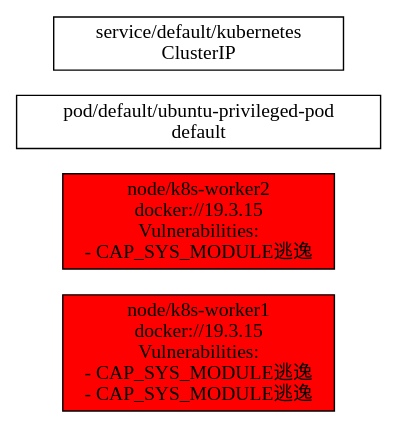
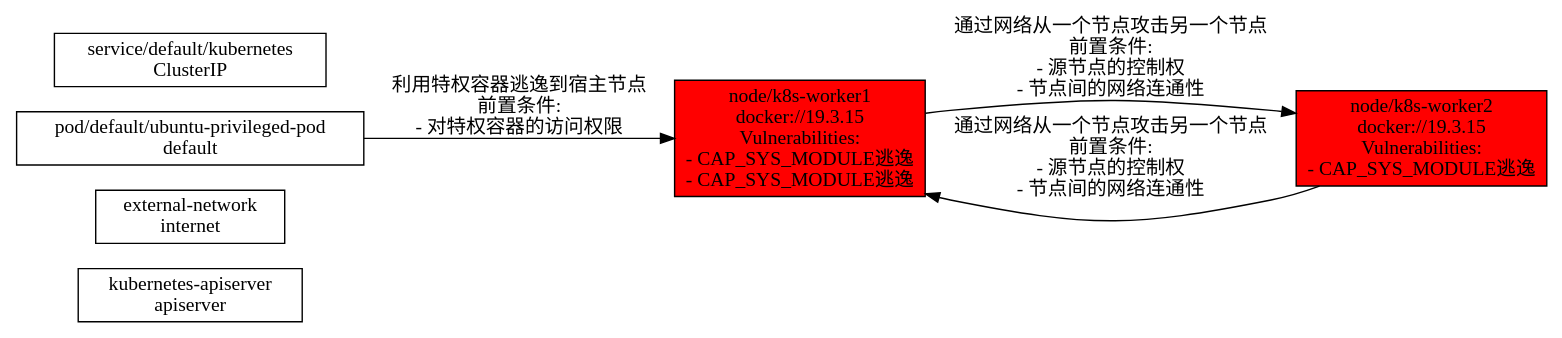
The diagram in internal/cluster/output/attack_graph.dot (lightpig7/Container_runtime_scanner), drawn with Graphviz before and after one commit. The commit also changed 20 other files, not shown here.

```diff
--- a/internal/cluster/output/attack_graph.dot
+++ b/internal/cluster/output/attack_graph.dot
@@ -1,8 +1,14 @@
 digraph AttackGraph {
   rankdir=LR;
-  node [shape=box, style=filled];
+  node [shape=box, style=filled, fontname="SimSun"];
+  edge [fontname="SimSun"];
+  "api-server" [label="kubernetes-apiserver\napiserver", fillcolor="white"];
+  "internet" [label="external-network\ninternet", fillcolor="white"];
   "node-k8s-worker1" [label="node/k8s-worker1\ndocker://19.3.15\nVulnerabilities:\n- CAP_SYS_MODULE逃逸\n- CAP_SYS_MODULE逃逸", fillcolor="red"];
   "node-k8s-worker2" [label="node/k8s-worker2\ndocker://19.3.15\nVulnerabilities:\n- CAP_SYS_MODULE逃逸", fillcolor="red"];
   "pod-default-ubuntu-privileged-pod" [label="pod/default/ubuntu-privileged-pod\ndefault", fillcolor="white"];
   "svc-default-kubernetes" [label="service/default/kubernetes\nClusterIP", fillcolor="white"];
+  "pod-default-ubuntu-privileged-pod" -> "node-k8s-worker1" [label="利用特权容器逃逸到宿主节点\n前置条件:\n- 对特权容器的访问权限"];
+  "node-k8s-worker1" -> "node-k8s-worker2" [label="通过网络从一个节点攻击另一个节点\n前置条件:\n- 源节点的控制权\n- 节点间的网络连通性"];
+  "node-k8s-worker2" -> "node-k8s-worker1" [label="通过网络从一个节点攻击另一个节点\n前置条件:\n- 源节点的控制权\n- 节点间的网络连通性"];
 }
```
